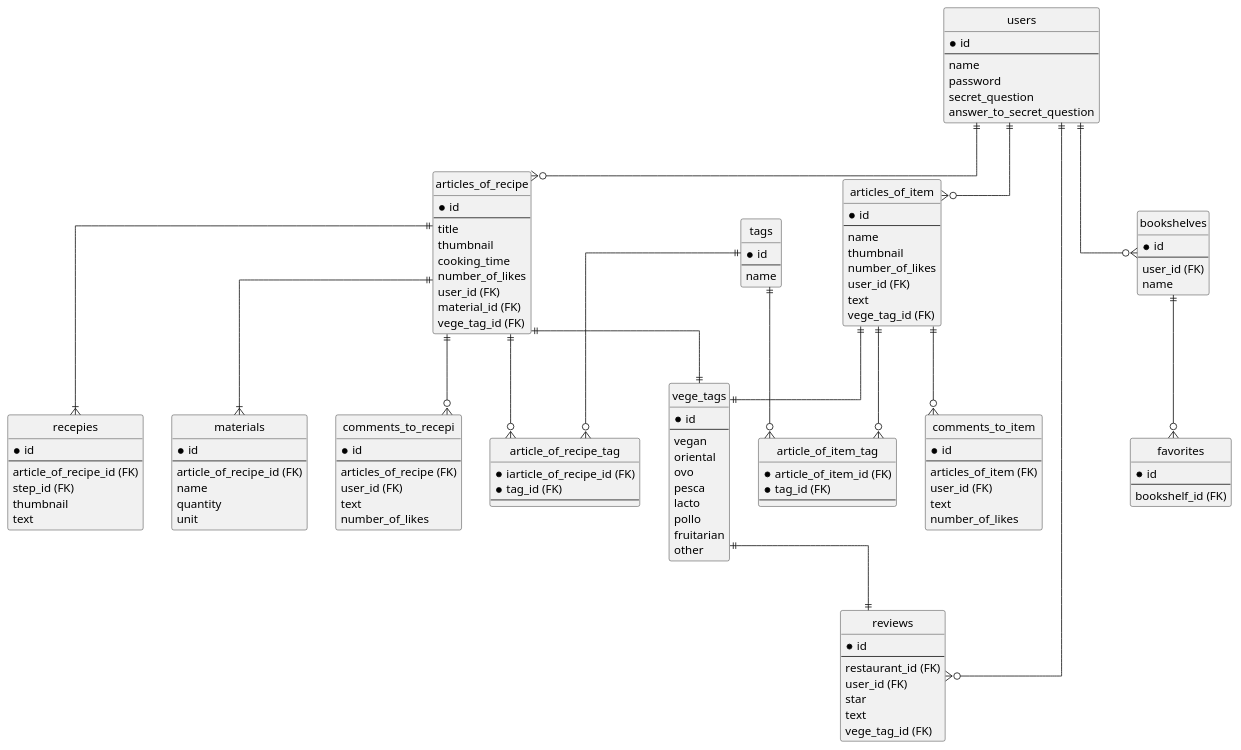
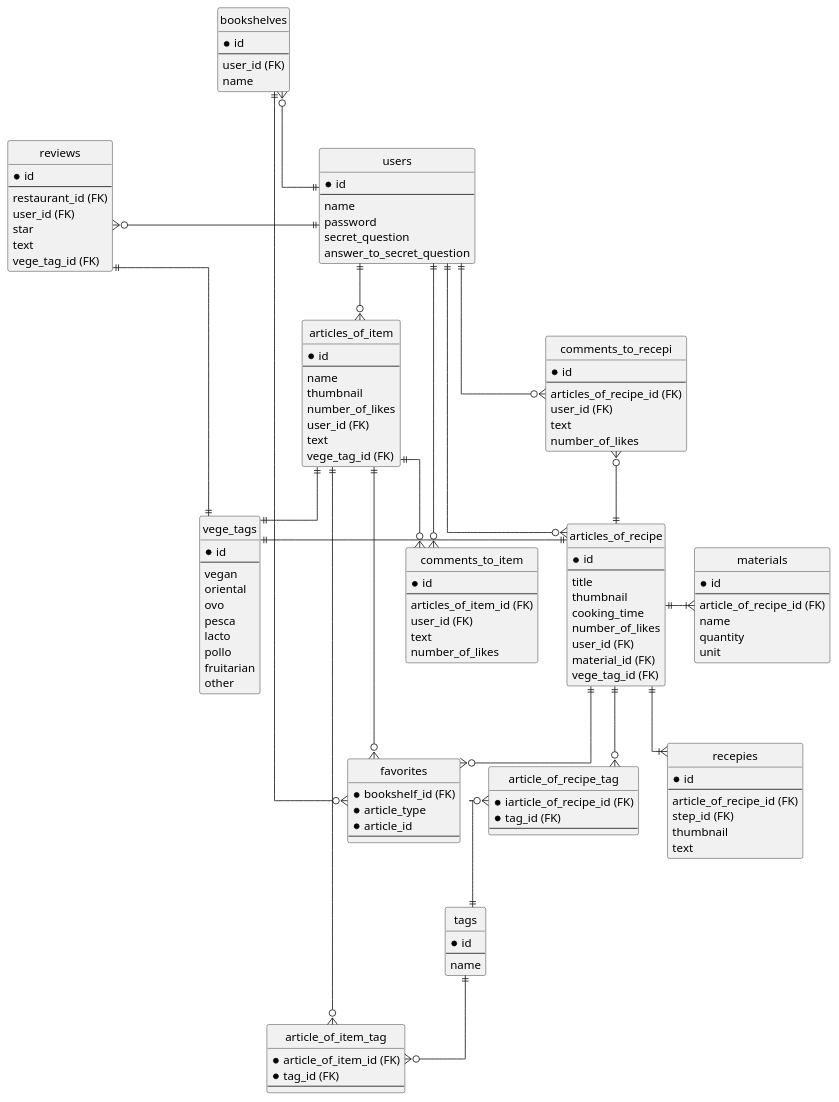
The diagram in documents/er.pu (SayuriOkuyama/Original), drawn with PlantUML before and after one commit.

Commit message:
ER図修正

```diff
--- a/documents/er.pu
+++ b/documents/er.pu
@@ -1,149 +1,154 @@
-@startuml VegeEveryDB
+@startuml VegEvery
 ' hide the spot
 hide circle
 
 ' avoid problems with angled crows feet
 skinparam linetype ortho
 
 
 entity "users" as users {
 * id
 --
 name
 password
 secret_question
 answer_to_secret_question
 }
 
 
 entity "articles_of_recipe" as articles_of_recipe {
   *id
   --
 title
 thumbnail
 cooking_time
 number_of_likes
 user_id (FK)
 material_id (FK)
 vege_tag_id (FK)
 }
 
 
 entity "recepies" as recepies {
   *id
   --
 article_of_recipe_id (FK)
 step_id (FK)
 thumbnail
 text
 }
 
 entity "materials" as materials {
   *id
   --
 article_of_recipe_id (FK)
 name
 quantity
 unit
 }
 
 entity "articles_of_item" as articles_of_item {
   *id
   --
 name
 thumbnail
 number_of_likes
 user_id (FK)
 text
 vege_tag_id (FK)
 }
 
 entity "comments_to_recepi" as comments_to_recepi {
   *id
   --
-articles_of_recipe (FK)
+articles_of_recipe_id (FK)
 user_id (FK)
 text
 number_of_likes
 }
 
 entity "comments_to_item" as comments_to_item {
   *id
   --
-articles_of_item (FK)
+articles_of_item_id (FK)
 user_id (FK)
 text
 number_of_likes
 }
 
 entity "tags" as tags {
   *id
   --
 name
 }
 
 entity "article_of_recipe_tag" as article_of_recipe_tag {
   *iarticle_of_recipe_id (FK)
   *tag_id (FK)
   --
 }
 
 entity "article_of_item_tag" as article_of_item_tag {
   *article_of_item_id (FK)
   *tag_id (FK)
  --
 }
 
 entity "vege_tags" as vege_tags {
   *id
   --
 vegan
 oriental
 ovo
 pesca
 lacto
 pollo
 fruitarian
 other
 }
 
 entity "reviews" as reviews {
   *id
   --
 restaurant_id (FK)
 user_id (FK)
 star
 text
 vege_tag_id (FK)
 }
 
 entity "bookshelves" as bookshelves {
   *id
   --
 user_id (FK)
 name
 }
 
 entity "favorites" as favorites {
-  *id
+   *bookshelf_id (FK)
+   *article_type
+   *article_id
   --
-bookshelf_id (FK)
 }
 
 users ||--o{articles_of_recipe
 articles_of_recipe ||--|{ recepies
-articles_of_recipe ||--|{ materials
-articles_of_recipe ||--o{ article_of_recipe_tag
-tags ||--o{ article_of_recipe_tag
-articles_of_recipe ||--|| vege_tags
-articles_of_recipe ||--o{ comments_to_recepi
-users ||--o{articles_of_item
+articles_of_recipe ||-r-|{ materials
+articles_of_recipe ||-d-o{ article_of_recipe_tag
+tags ||-u-o{ article_of_recipe_tag
+articles_of_recipe ||-l-|| vege_tags
+articles_of_recipe ||-u-o{ comments_to_recepi
+users ||--o{ comments_to_recepi
+users ||-d-o{articles_of_item
 articles_of_item ||--o{ article_of_item_tag
 tags ||--o{ article_of_item_tag
 articles_of_item ||--|| vege_tags
-articles_of_item ||--o{ comments_to_item
-users ||--o{bookshelves
-bookshelves ||--o{favorites
-users ||--o{reviews
+articles_of_item ||-d-o{ comments_to_item
+users ||--o{ comments_to_item
+users ||-u-o{bookshelves
+bookshelves ||-r-o{favorites
+articles_of_recipe ||--o{favorites
+articles_of_item ||--o{favorites
+users ||-l-o{reviews
 vege_tags ||--|| reviews
 @enduml
```
